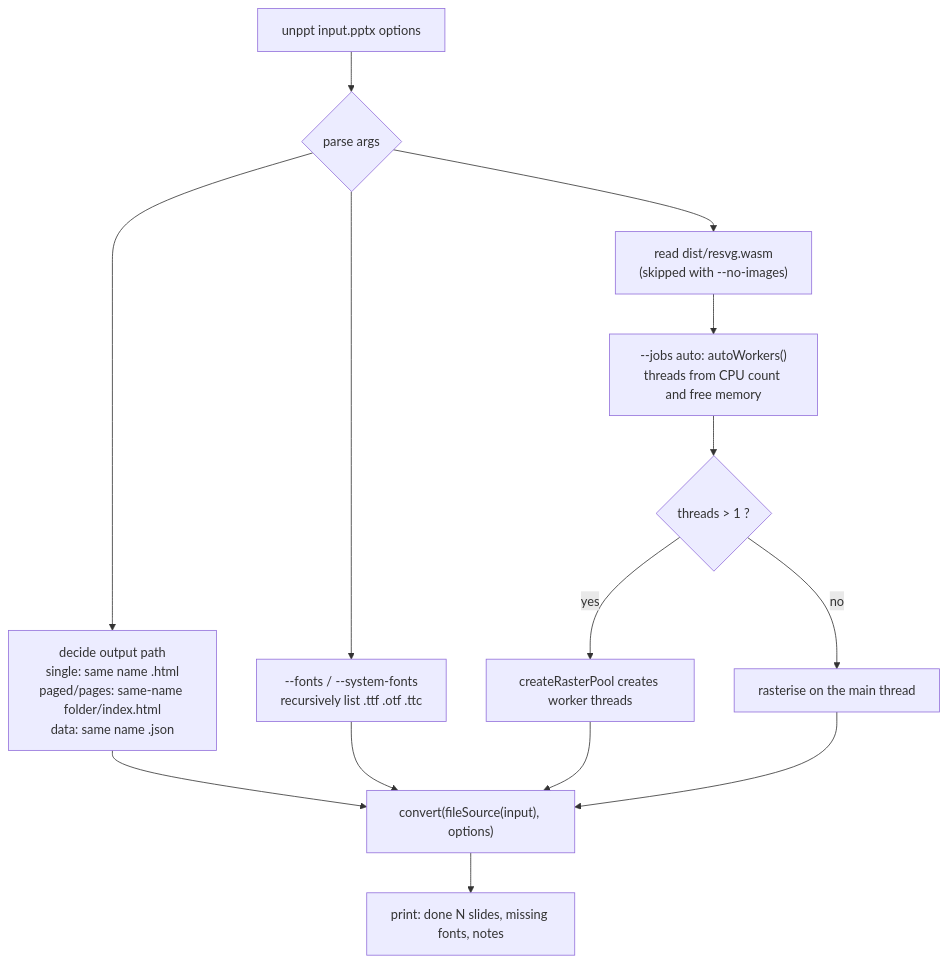
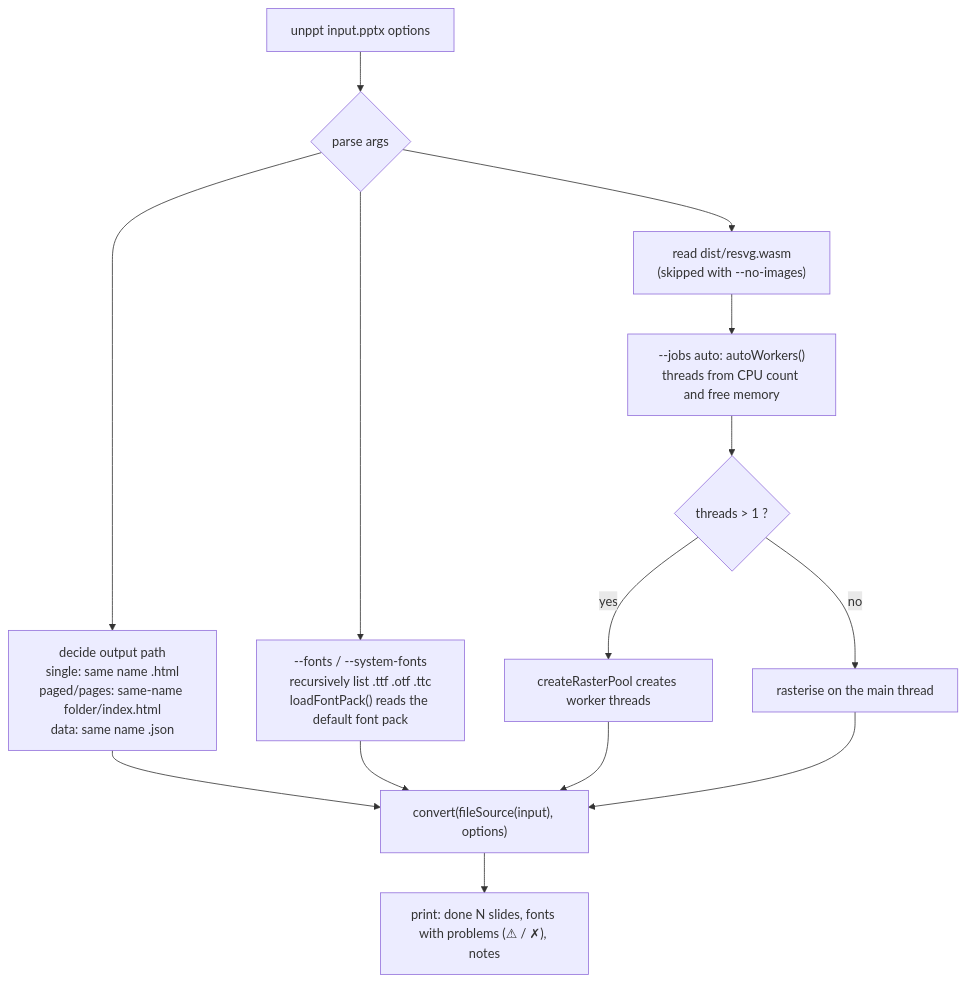
Before and after one commit to spitmaster/unppt: the fourth of 22 diagrams in docs/en/transcoding.md, drawn with Mermaid. The commit also changed other lines of this file and 15 other files, not shown here.

````diff
--- a/docs/en/transcoding.md
+++ b/docs/en/transcoding.md
@@ -211,13 +211,13 @@
 ```mermaid
 flowchart TD
   A["unppt input.pptx options"] --> B{"parse args"}
   B --> C["decide output path<br/>single: same name .html<br/>paged/pages: same-name folder/index.html<br/>data: same name .json"]
-  B --> D["--fonts / --system-fonts<br/>recursively list .ttf .otf .ttc"]
+  B --> D["--fonts / --system-fonts<br/>recursively list .ttf .otf .ttc<br/>loadFontPack() reads the default font pack"]
   B --> E["read dist/resvg.wasm<br/>(skipped with --no-images)"]
   E --> F["--jobs auto: autoWorkers()<br/>threads from CPU count and free memory"]
   F --> G{"threads > 1 ?"}
   G -->|yes| H["createRasterPool creates worker threads"]
   G -->|no| I["rasterise on the main thread"]
   C & D & H & I --> J["convert(fileSource(input), options)"]
-  J --> K["print: done N slides, missing fonts, notes"]
+  J --> K["print: done N slides, fonts with problems (⚠ / ✗), notes"]
 ```
````
